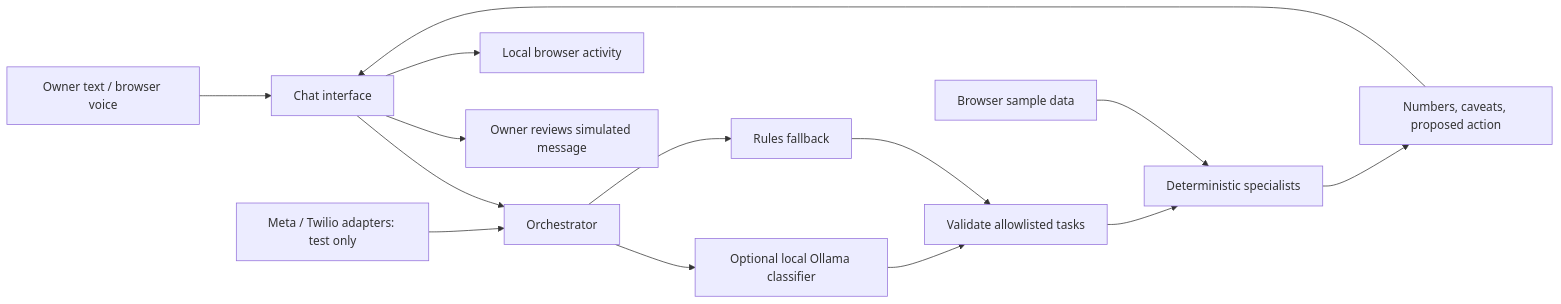
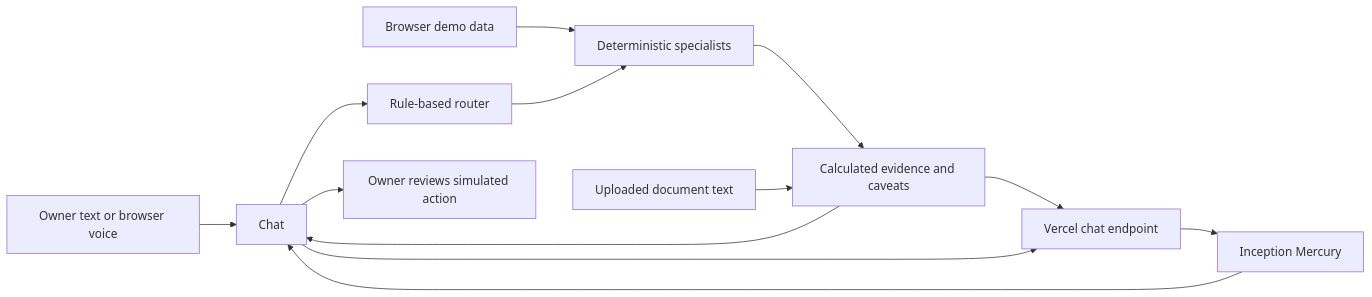
One commit to ishaands12/buildathon-ishaan-bansal changed the diagram in docs/AGENT-REFERENCE.md. Above: the diagram before and after it, drawn with Mermaid. The commit also changed other lines of this file and 1 other file, not shown here.

Commit message:
Clarify deployed architecture and data boundaries

````diff
--- a/docs/AGENT-REFERENCE.md
+++ b/docs/AGENT-REFERENCE.md
@@ -13,16 +13,15 @@
 ```mermaid
 flowchart LR
- U[Owner text / browser voice] --> UI[Chat interface]
- UI --> P[Orchestrator]
- P --> C[Optional local Ollama classifier]
- P --> R[Rules fallback]
- C --> V[Validate allowlisted tasks]
- R --> V
- V --> S[Deterministic specialists]
- D[Browser sample data] --> S
- S --> E[Numbers, caveats, proposed action]
+ U[Owner text or browser voice] --> UI[Chat]
+ UI --> R[Rule-based router]
+ D[Browser demo data] --> S[Deterministic specialists]
+ R --> S
+ S --> E[Calculated evidence and caveats]
+ F[Uploaded document text] --> E
+ E --> API[Vercel chat endpoint]
+ UI --> API
+ API --> M[Inception Mercury]
+ M --> UI
  E --> UI
- UI --> A[Owner reviews simulated message]
- UI --> L[Local browser activity]
- W[Meta / Twilio adapters: test only] --> P
+ UI --> A[Owner reviews simulated action]
 ```
````
